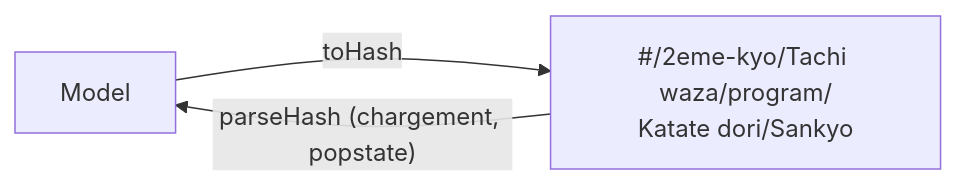
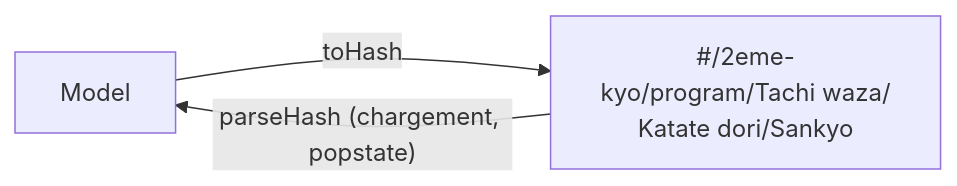
The sixth of 6 diagrams in README.md (devsigner/aikido-trainer), drawn with Mermaid before and after one commit. The commit also changed other lines of this file and 21 other files, not shown here.

````diff
--- a/README.md
+++ b/README.md
@@ -233,5 +234,5 @@
 ```mermaid
 flowchart LR
-    MOD["Model"] -- "toHash" --> URL["#/2eme-kyo/Tachi waza/program/<br/>Katate dori/Sankyo"]
+    MOD["Model"] -- "toHash" --> URL["#/2eme-kyo/program/Tachi waza/<br/>Katate dori/Sankyo"]
     URL -- "parseHash (chargement, popstate)" --> MOD
 ```
````
